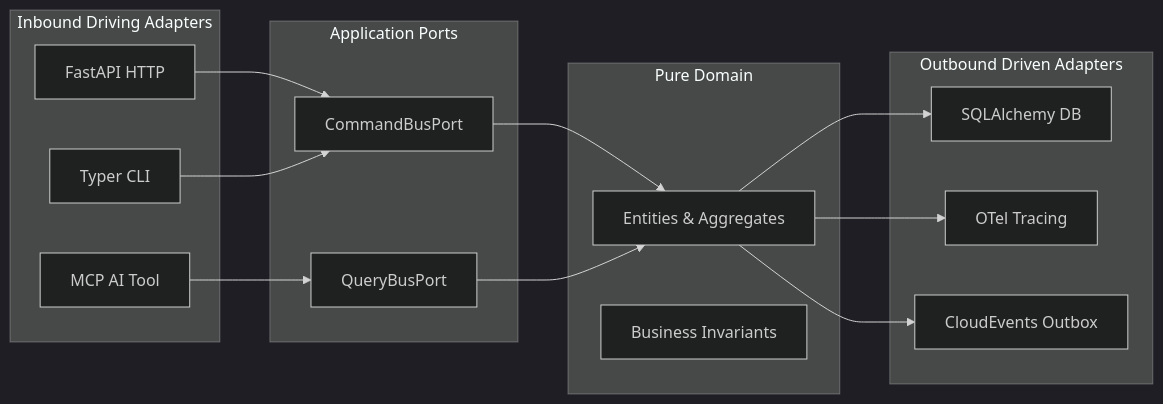
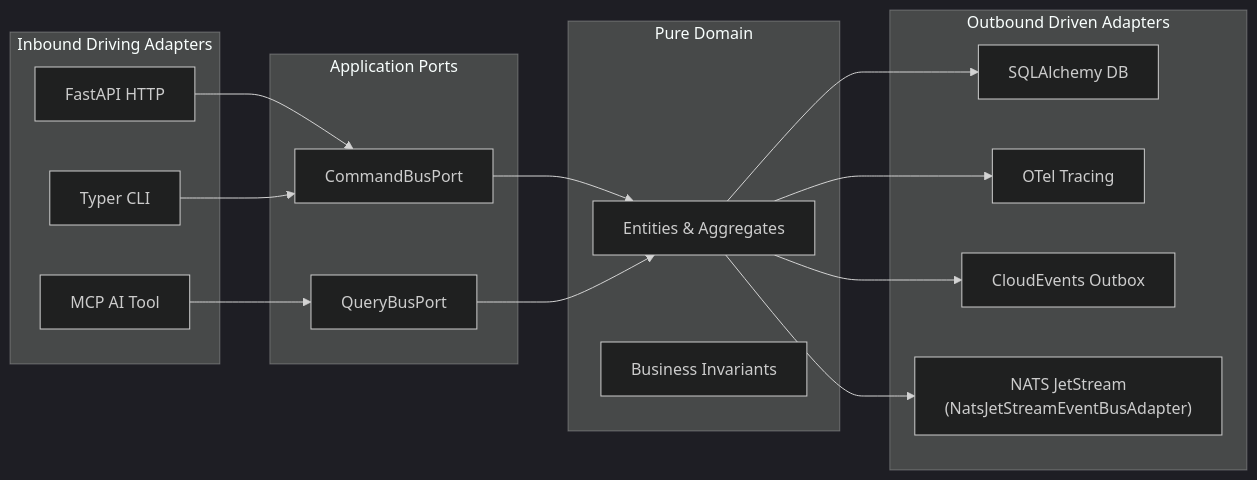
One commit to TheTrueSCU/hexastack changed the diagram in docs/architecture.md. Above: the diagram before and after it, drawn with Mermaid (dark theme). The commit also changed 10 other files, not shown here.

First line of the commit message:
feat(events): NATS JetStream event bus adapter & janus async-sync bridge (Issue #25) (#50)

````diff
--- a/docs/architecture.md
+++ b/docs/architecture.md
@@ -18,35 +18,37 @@
 ```mermaid
 flowchart LR
     subgraph Driving ["Inbound Driving Adapters"]
         REST[FastAPI HTTP]
         CLI[Typer CLI]
         MCP[MCP AI Tool]
     end
 
     subgraph Ports ["Application Ports"]
         CBUS[CommandBusPort]
         QBUS[QueryBusPort]
     end
 
     subgraph Core ["Pure Domain"]
         ENTITY[Entities & Aggregates]
         LOGIC[Business Invariants]
     end
 
     subgraph Driven ["Outbound Driven Adapters"]
         SQL[SQLAlchemy DB]
         OTEL[OTel Tracing]
         OUTBOX[CloudEvents Outbox]
+        NATS["NATS JetStream\n(NatsJetStreamEventBusAdapter)"]
     end
 
     REST --> CBUS
     CLI --> CBUS
     MCP --> QBUS
 
     CBUS --> ENTITY
     QBUS --> ENTITY
 
     ENTITY --> SQL
     ENTITY --> OTEL
     ENTITY --> OUTBOX
+    ENTITY --> NATS
 ```
````
